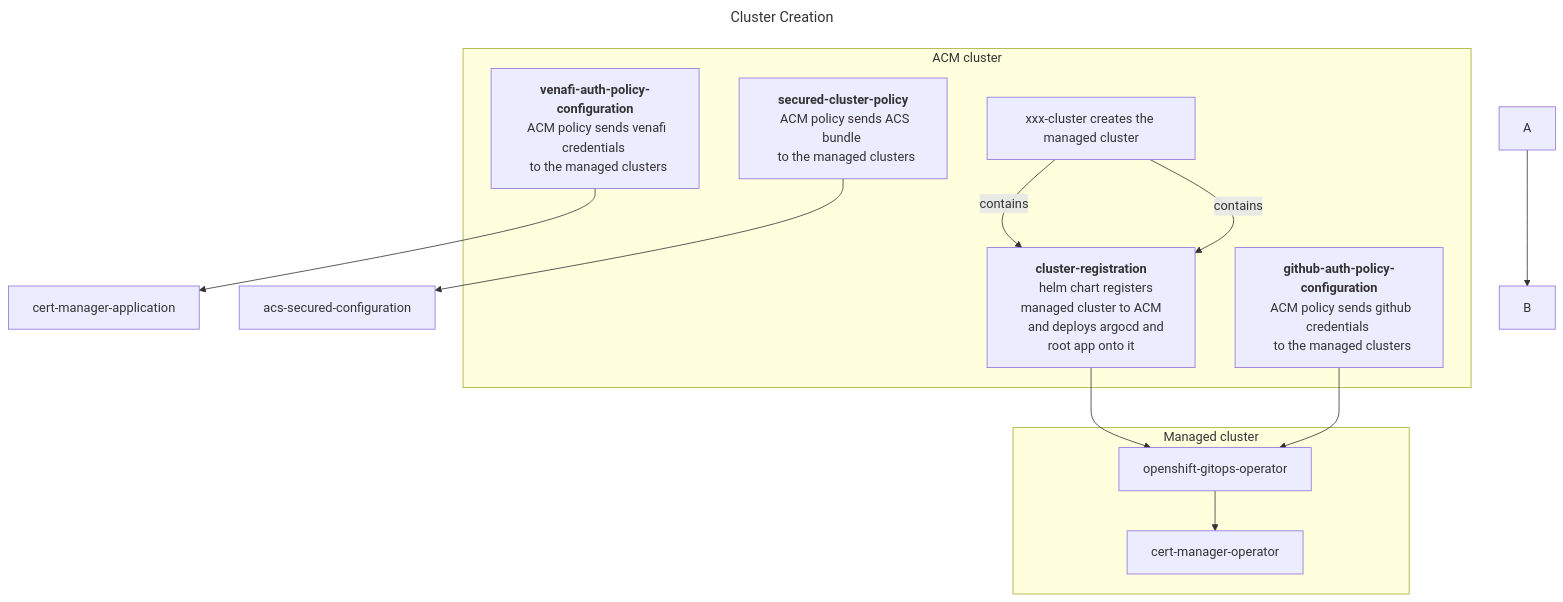
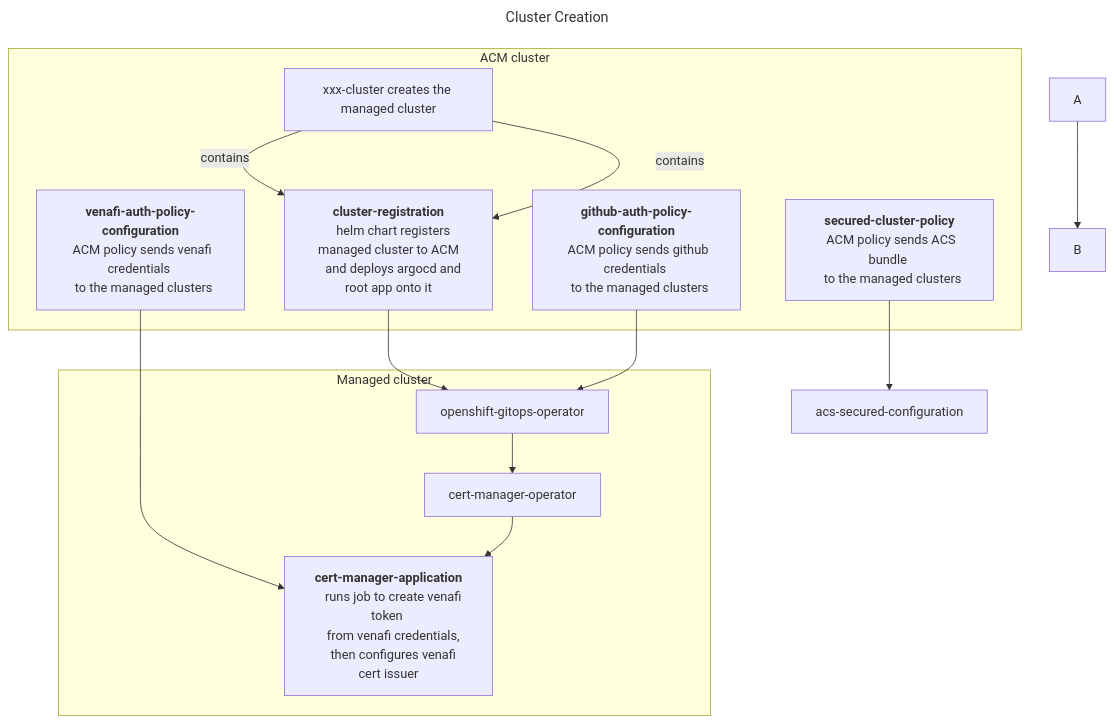
The diagram in test-mermaid/test-mermaid.build.md (mmwillingham/acm), drawn with Mermaid before and after one commit. The commit also changed other lines of this file, not shown here.

````diff
--- a/test-mermaid/test-mermaid.build.md
+++ b/test-mermaid/test-mermaid.build.md
@@ -2,31 +2,35 @@
 ```mermaid
 ---
 title: Cluster Creation
 ---
 flowchart TD
 A --> B
 venafi-auth-policy-configuration --> cert-manager-application
 cluster-registration --> openshift-gitops-operator
 github-auth-policy-configuration --> openshift-gitops-operator
 secured-cluster-policy --> acs-secured-configuration
 subgraph ACM cluster
 xxx-cluster["xxx-cluster creates the managed cluster"] -- contains --> cluster-registration["<b>cluster-registration</b>
   helm chart registers managed cluster to ACM
   and deploys argocd and root app onto it"]
 venafi-auth-policy-configuration["<b>venafi-auth-policy-configuration</b>
   ACM policy sends venafi credentials 
   to the managed clusters"]
 github-auth-policy-configuration["<b>github-auth-policy-configuration</b>
   ACM policy sends github credentials 
   to the managed clusters"]
 secured-cluster-policy["<b>secured-cluster-policy</b>
   ACM policy sends ACS bundle 
   to the managed clusters"]
 end
 subgraph Managed cluster
 xxx-cluster["xxx-cluster creates the managed cluster"] -- contains --> cluster-registration["<b>cluster-registration</b>
     helm chart registers managed cluster to ACM
     and deploys argocd and root app onto it"]
 openshift-gitops-operator --> cert-manager-operator
+cert-manager-operator --> cert-manager-application["<b>cert-manager-application</b>
+    runs job to create venafi token 
+    from venafi credentials, 
+    then configures venafi cert issuer"]
 end
 ```
````
